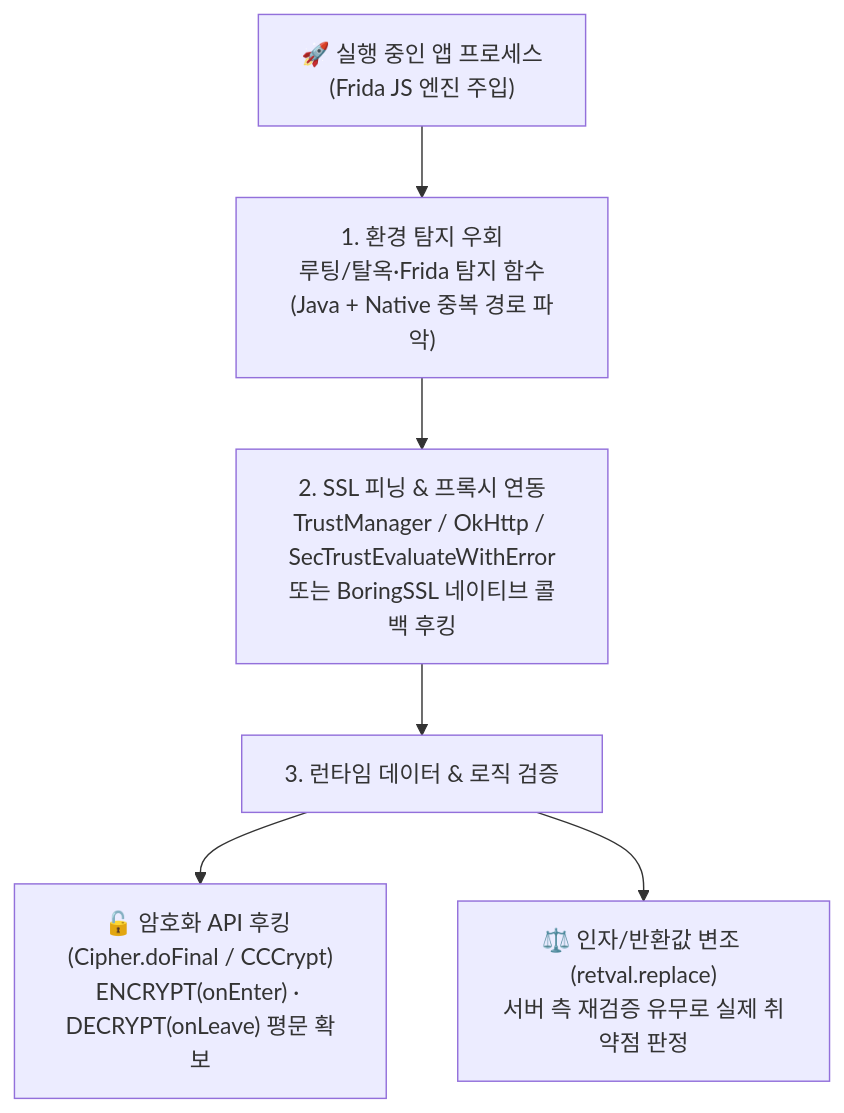
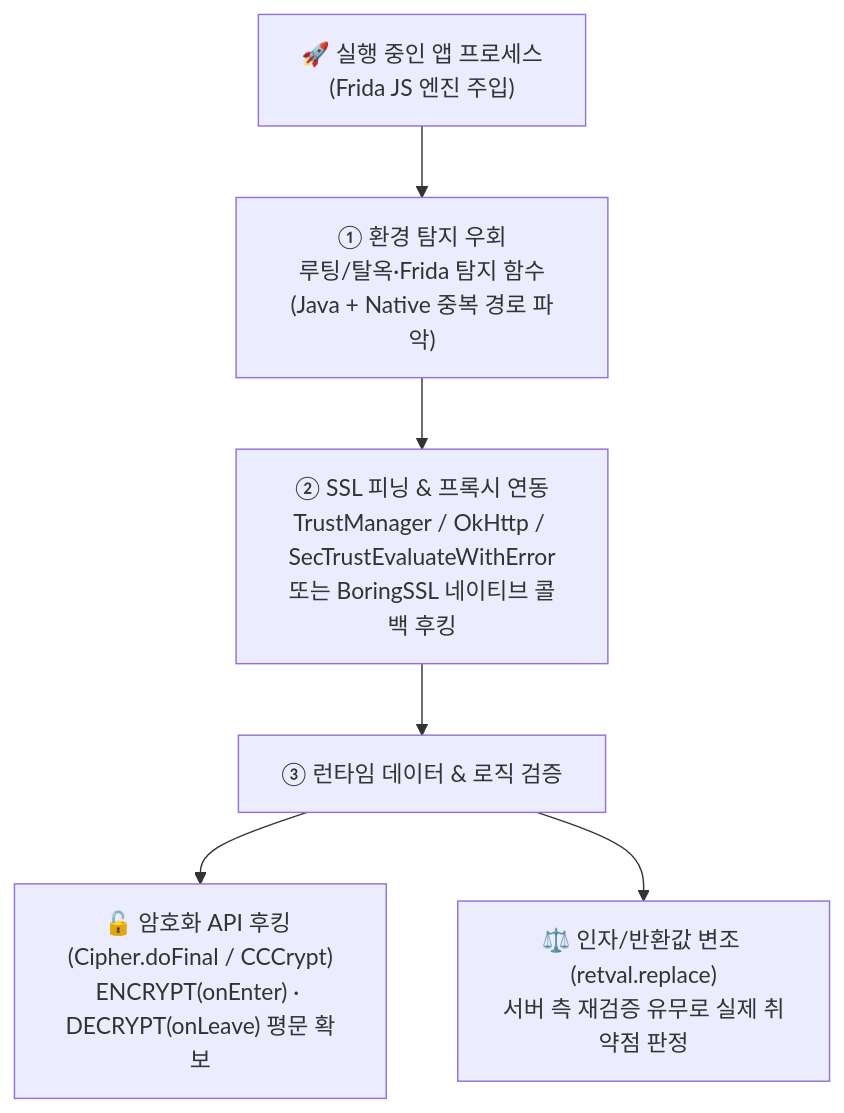
One commit to gooyong-sec/gooyong-sec.github.io changed the first of 2 diagrams in content/모바일취약점/모바일 취약점 진단 — Frida 동적분석과 네트워크.md. Above: the diagram before and after it, drawn with Mermaid. The commit also changed 28 other files, not shown here.

First line of the commit message:
fix: eliminate remaining mermaid markdown-list misparse across all diagrams

````diff
--- a/content/모바일취약점/모바일 취약점 진단 — Frida 동적분석과 네트워크.md
+++ b/content/모바일취약점/모바일 취약점 진단 — Frida 동적분석과 네트워크.md
@@ -18,8 +18,8 @@
 ```mermaid
 flowchart TD
-    Start["🚀 실행 중인 앱 프로세스<br/>(Frida JS 엔진 주입)"] --> Step1["1. 환경 탐지 우회<br/>루팅/탈옥·Frida 탐지 함수<br/>(Java + Native 중복 경로 파악)"]
-    Step1 --> Step2["2. SSL 피닝 & 프록시 연동<br/>TrustManager / OkHttp / SecTrustEvaluateWithError<br/>또는 BoringSSL 네이티브 콜백 후킹"]
-    Step2 --> Step3["3. 런타임 데이터 & 로직 검증"]
+    Start["🚀 실행 중인 앱 프로세스<br/>(Frida JS 엔진 주입)"] --> Step1["① 환경 탐지 우회<br/>루팅/탈옥·Frida 탐지 함수<br/>(Java + Native 중복 경로 파악)"]
+    Step1 --> Step2["② SSL 피닝 & 프록시 연동<br/>TrustManager / OkHttp / SecTrustEvaluateWithError<br/>또는 BoringSSL 네이티브 콜백 후킹"]
+    Step2 --> Step3["③ 런타임 데이터 & 로직 검증"]
     Step3 --> SubA["🔓 암호화 API 후킹 (Cipher.doFinal / CCCrypt)<br/>ENCRYPT(onEnter) · DECRYPT(onLeave) 평문 확보"]
     Step3 --> SubB["⚖️ 인자/반환값 변조 (retval.replace)<br/>서버 측 재검증 유무로 실제 취약점 판정"]
 ```
````
